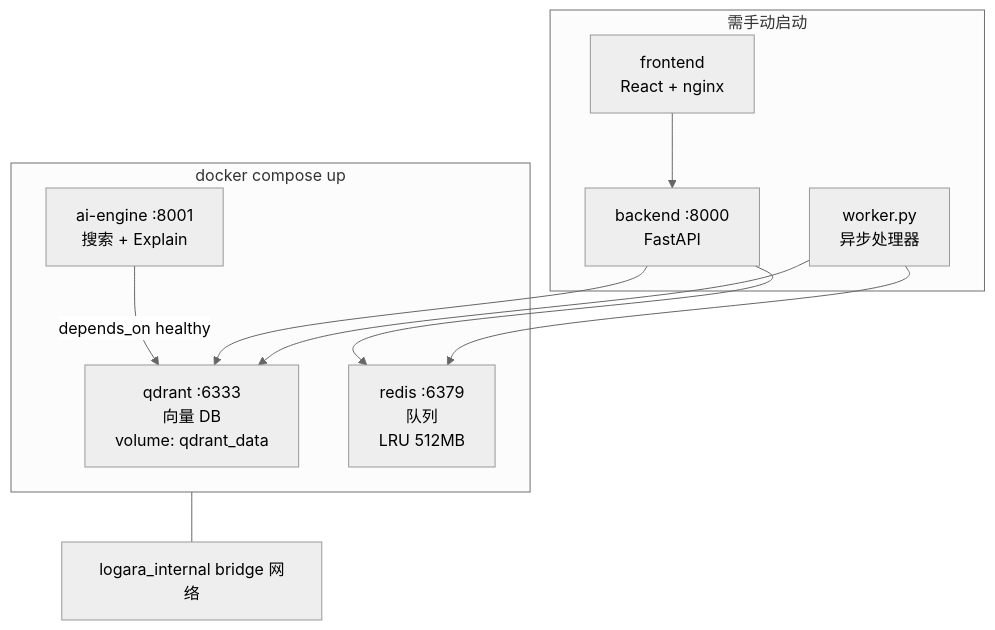
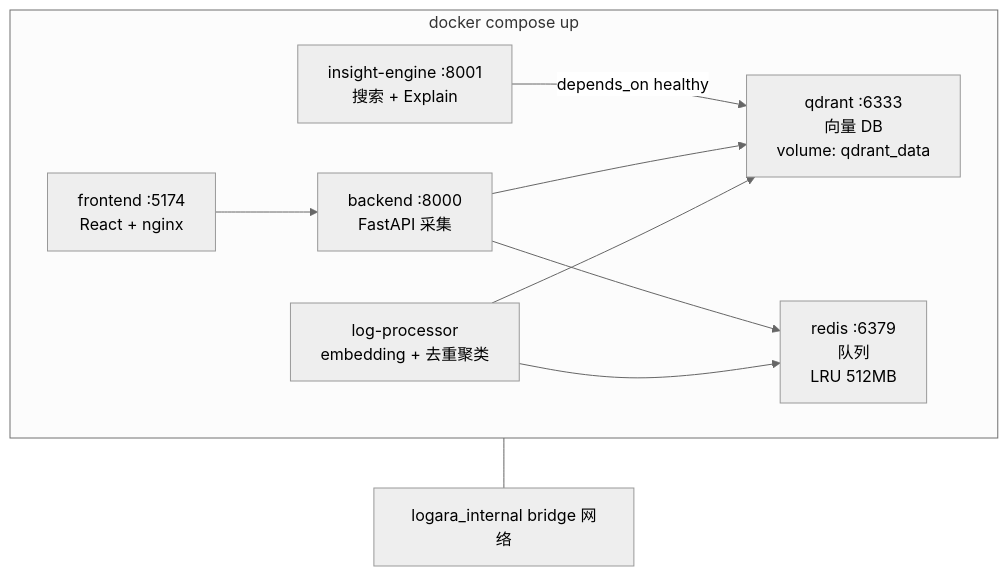
Before and after one commit to fanqingsong/Logara-AI: diagram 15 of 17 in docs/business-logic.md, drawn with Mermaid (neutral theme). The commit also changed other lines of this file and 64 other files, not shown here.

````diff
--- a/docs/business-logic.md
+++ b/docs/business-logic.md
@@ -948,24 +948,21 @@
 ```mermaid
 graph TB
     subgraph Compose["docker compose up"]
         Qdrant["qdrant :6333<br/>向量 DB<br/>volume: qdrant_data"]
         Redis["redis :6379<br/>队列<br/>LRU 512MB"]
-        AIEngine["ai-engine :8001<br/>搜索 + Explain"]
+        InsightEngine["insight-engine :8001<br/>搜索 + Explain"]
+        Backend["backend :8000<br/>FastAPI 采集"]
+        LogProcessor["log-processor<br/>embedding + 去重聚类"]
+        Frontend["frontend :5174<br/>React + nginx"]
     end
 
-    subgraph Manual["需手动启动"]
-        Backend["backend :8000<br/>FastAPI"]
-        Worker["worker.py<br/>异步处理器"]
-        Frontend["frontend<br/>React + nginx"]
-    end
-
-    AIEngine -->|depends_on healthy| Qdrant
+    InsightEngine -->|depends_on healthy| Qdrant
     Backend --> Redis
     Backend --> Qdrant
-    Worker --> Redis
-    Worker --> Qdrant
+    LogProcessor --> Redis
+    LogProcessor --> Qdrant
     Frontend --> Backend
 
     Network["logara_internal bridge 网络"]
     Compose --- Network
 ```
````
